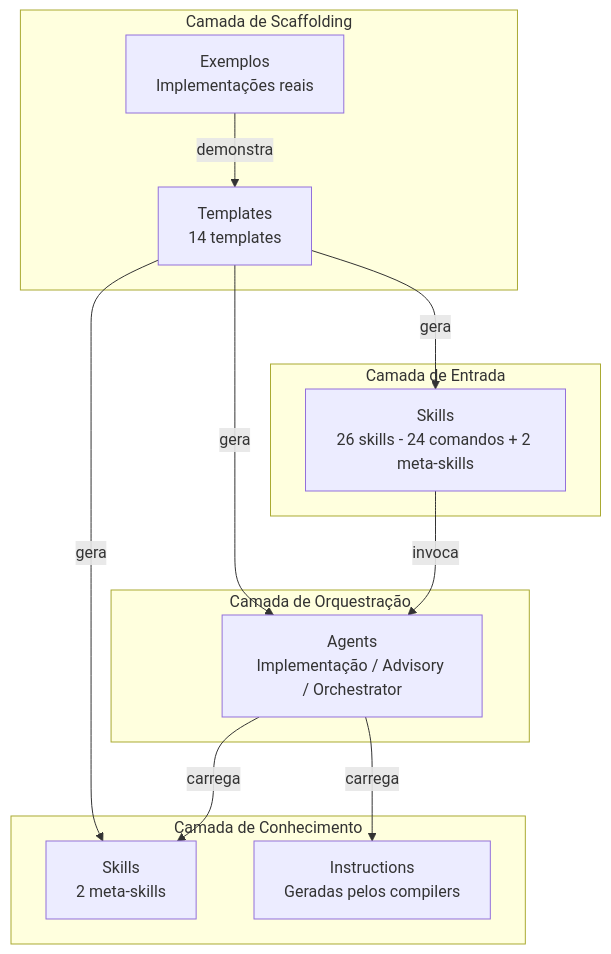
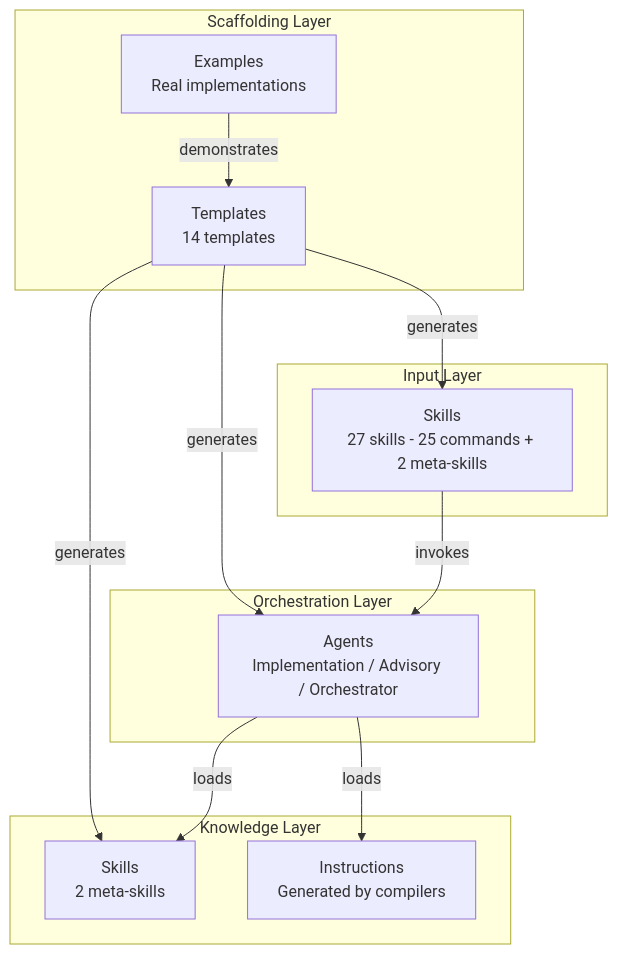
The second of 5 diagrams in docs/visao-geral.md (rodrigo-mendes/agents-factory), drawn with Mermaid before and after one commit. The commit also changed other lines of this file and 70 other files, not shown here.

````diff
--- a/docs/visao-geral.md
+++ b/docs/visao-geral.md
@@ -24,28 +24,28 @@
 ```mermaid
 graph TD
-    subgraph "Camada de Entrada"
-        P[Skills<br/>26 skills - 24 comandos + 2 meta-skills]
+    subgraph "Input Layer"
+        P[Skills<br/>27 skills - 25 commands + 2 meta-skills]
     end
 
-    subgraph "Camada de Orquestração"
-        AG[Agents<br/>Implementação / Advisory / Orchestrator]
+    subgraph "Orchestration Layer"
+        AG[Agents<br/>Implementation / Advisory / Orchestrator]
     end
 
-    subgraph "Camada de Conhecimento"
+    subgraph "Knowledge Layer"
         S[Skills<br/>2 meta-skills]
-        I[Instructions<br/>Geradas pelos compilers]
+        I[Instructions<br/>Generated by compilers]
     end
 
-    subgraph "Camada de Scaffolding"
+    subgraph "Scaffolding Layer"
         T[Templates<br/>14 templates]
-        E[Exemplos<br/>Implementações reais]
+        E[Examples<br/>Real implementations]
     end
 
-    P -->|invoca| AG
-    AG -->|carrega| S
-    AG -->|carrega| I
-    T -->|gera| P
-    T -->|gera| AG
-    T -->|gera| S
-    E -->|demonstra| T
+    P -->|invokes| AG
+    AG -->|loads| S
+    AG -->|loads| I
+    T -->|generates| P
+    T -->|generates| AG
+    T -->|generates| S
+    E -->|demonstrates| T
 ```
````
